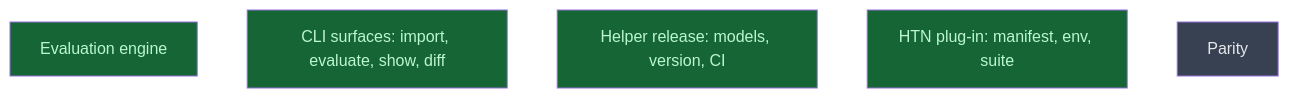
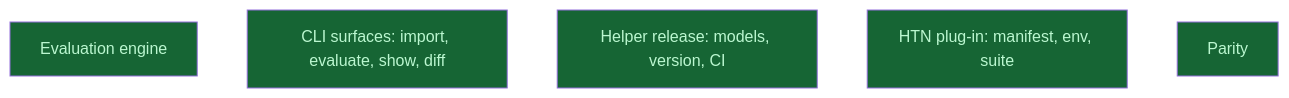
One commit to CrackingShells/Candler changed the diagram in __roadmap__/m2a-evaluation-parity/components/assembly/README.md. Above: the diagram before and after it, drawn with Mermaid. The commit also changed other lines of this file and 7 other files, not shown here.

````diff
--- a/__roadmap__/m2a-evaluation-parity/components/assembly/README.md
+++ b/__roadmap__/m2a-evaluation-parity/components/assembly/README.md
@@ -21,13 +21,13 @@
 ```mermaid
 graph TD
     engine[Evaluation engine]:::done
     surfaces[CLI surfaces: import, evaluate, show, diff]:::done
     helper_release[Helper release: models, version, CI]:::done
     htn_plugin[HTN plug-in: manifest, env, suite]:::done
-    parity[Parity]:::planned
+    parity[Parity]:::done
     classDef done       fill:#166534,color:#bbf7d0
     classDef inprogress fill:#854d0e,color:#fef08a
     classDef planned    fill:#374151,color:#e5e7eb
     classDef amendment  fill:#1e3a5f,color:#bfdbfe
     classDef blocked    fill:#7f1d1d,color:#fecaca
 ```
````
